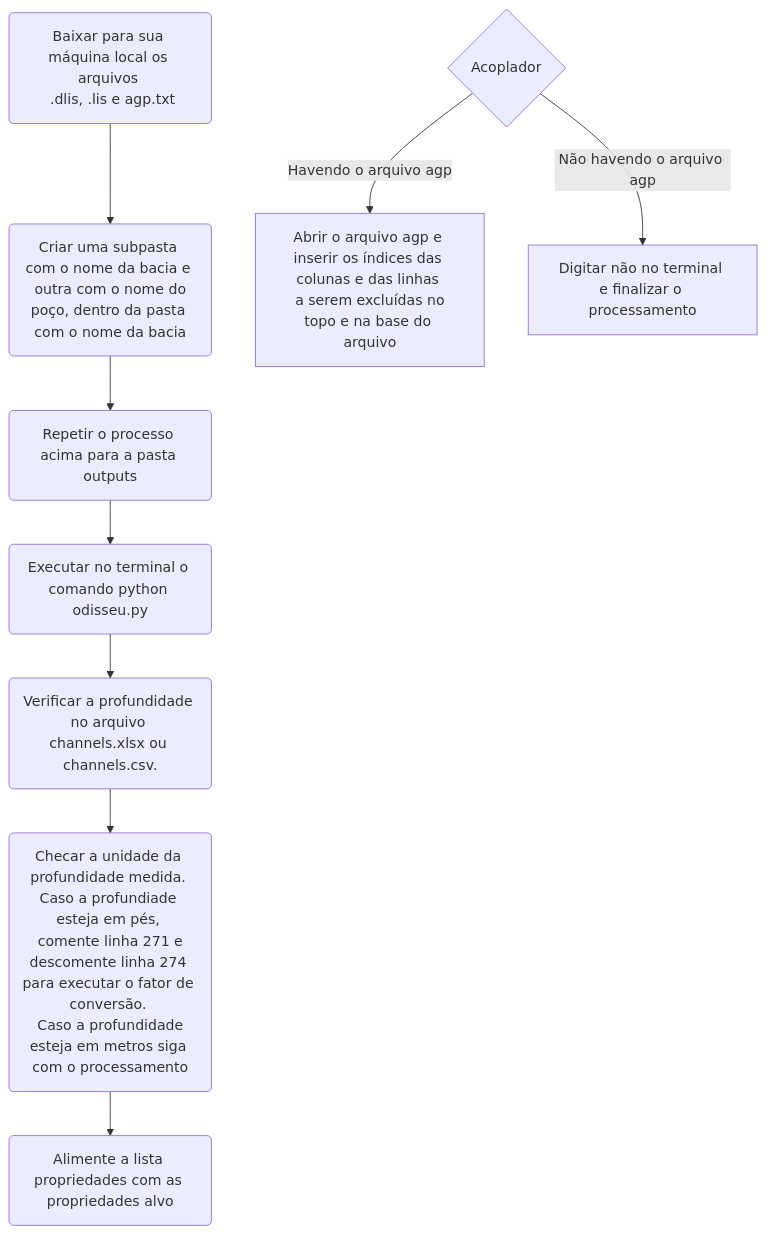
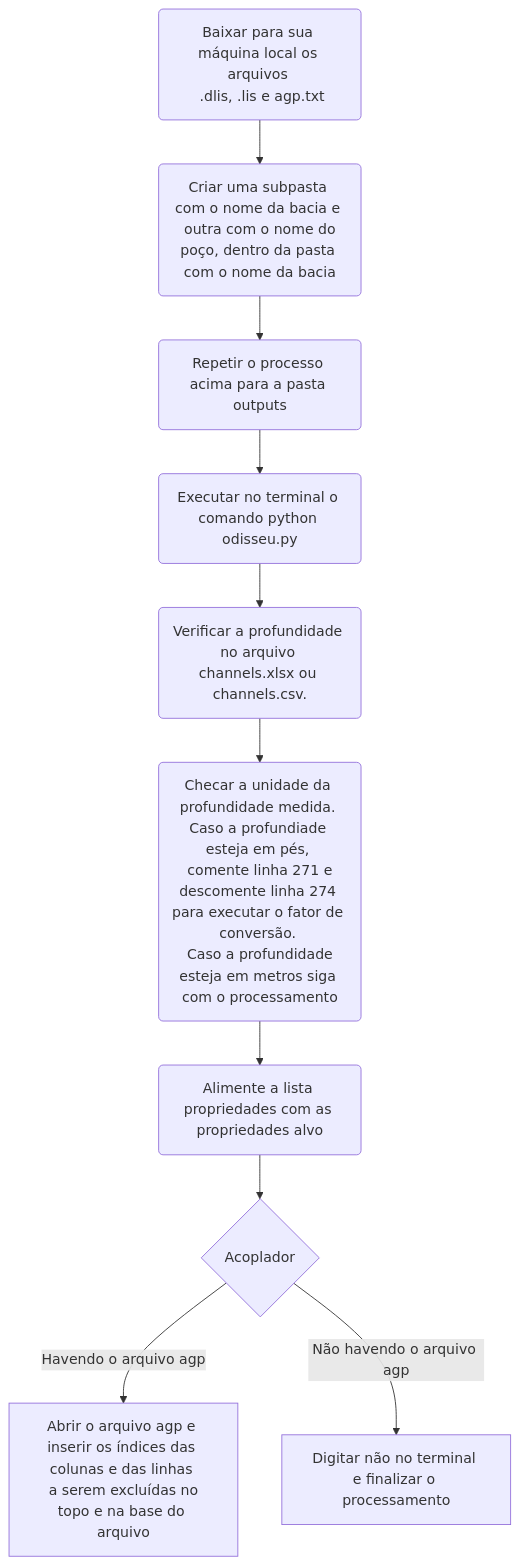
One commit to PR-4/Odisseia changed the diagram in README.md. Above: the diagram before and after it, drawn with Mermaid.

````diff
--- a/README.md
+++ b/README.md
@@ -18,16 +18,15 @@
 ```mermaid
 flowchart TD
 
 A(Baixar para sua máquina local os arquivos \n .dlis, .lis e agp.txt) --> B(Criar uma subpasta com o nome da bacia e \n outra com o nome do poço, dentro da pasta com o nome da bacia)
     B --> C(Repetir o processo acima para a pasta outputs)
     C --> D(Executar no terminal o comando python odisseu.py)
     D --> E(Verificar a profundidade no arquivo channels.xlsx ou channels.csv. ) 
     E --> F(Checar a unidade da profundidade medida. Caso a profundiade esteja em pés, \n comente linha 271 e descomente linha 274 para executar o fator de conversão. \n Caso a profundidade esteja em metros siga com o processamento)
     F --> G(Alimente a lista propriedades com as propriedades alvo)
-
-               H{Acoplador}
-   H --> |Havendo o arquivo agp| I[Abrir o arquivo agp e inserir os índices das colunas e das linhas \n a serem excluídas no topo e na base do arquivo]   
-   H --> |Não havendo o arquivo agp| J[Digitar não no terminal e finalizar o processamento]
+    G --> H{Acoplador}
+    H --> |Havendo o arquivo agp| I[Abrir o arquivo agp e inserir os índices das colunas e das linhas \n a serem excluídas no topo e na base do arquivo]   
+    H --> |Não havendo o arquivo agp| J[Digitar não no terminal e finalizar o processamento]
 
 
 ```
````
